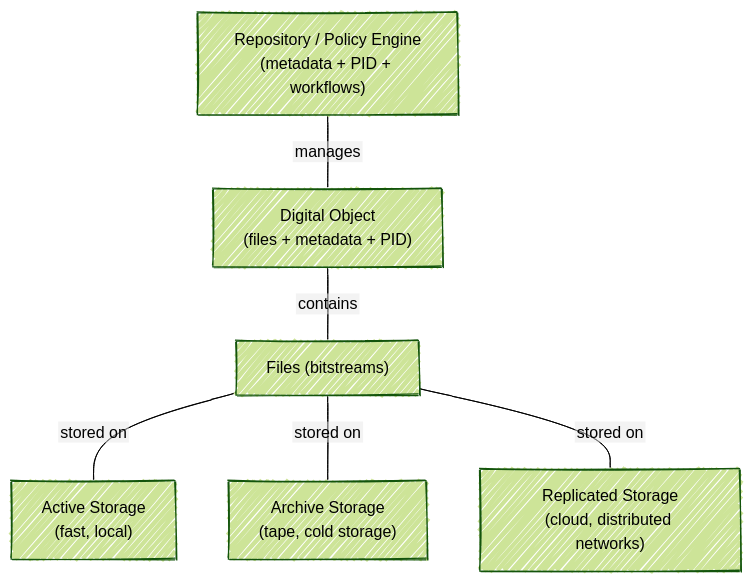
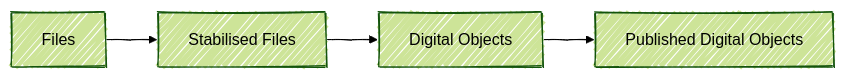
The diagram in book/files.qmd (chStaiger/rdm-fundamentals), drawn with Mermaid (forest theme) before and after one commit. The commit also changed other lines of this file and 1 other file, not shown here.

Commit message:
separate files and storage, text revision

````diff
--- a/book/files.qmd
+++ b/book/files.qmd
@@ -240,25 +42,15 @@
 ```{mermaid}
 %%| label: fig-1
-%%| fig-cap: Files reside across multiple storage layers, but only repositories and policy engines turn them into digital objects.
+%%| fig-cap: Conceptual progression from working files to stabilised files, curated digital objects, and published digital objects.
 %%| fig-align: center
 %%{init: {
   "look": "handDrawn",
   "flowchart": { "htmlLabels": false }
 }}%%
-flowchart TB
 
-    F["Files (bitstreams)"]
-    S1["Active Storage<br/>(fast, local)"]
-    S2["Archive Storage<br/>(tape, cold storage)"]
-    S3["Replicated Storage<br/>(cloud, distributed networks)"]
+flowchart LR
+  A[Files] --> B[Stabilised Files]
+  B --> C[Digital Objects]
+  C --> D[Published Digital Objects]
 
-    R["Repository / Policy Engine<br/>(metadata + PID + workflows)"]
-    DO["Digital Object<br/>(files + metadata + PID)"]
-
-    F --- |"stored on"| S1
-    F --- |"stored on"| S2
-    F --- |"stored on"| S3
-
-    R --- |"manages"| DO
-    DO --- |"contains"| F
 ```
````
